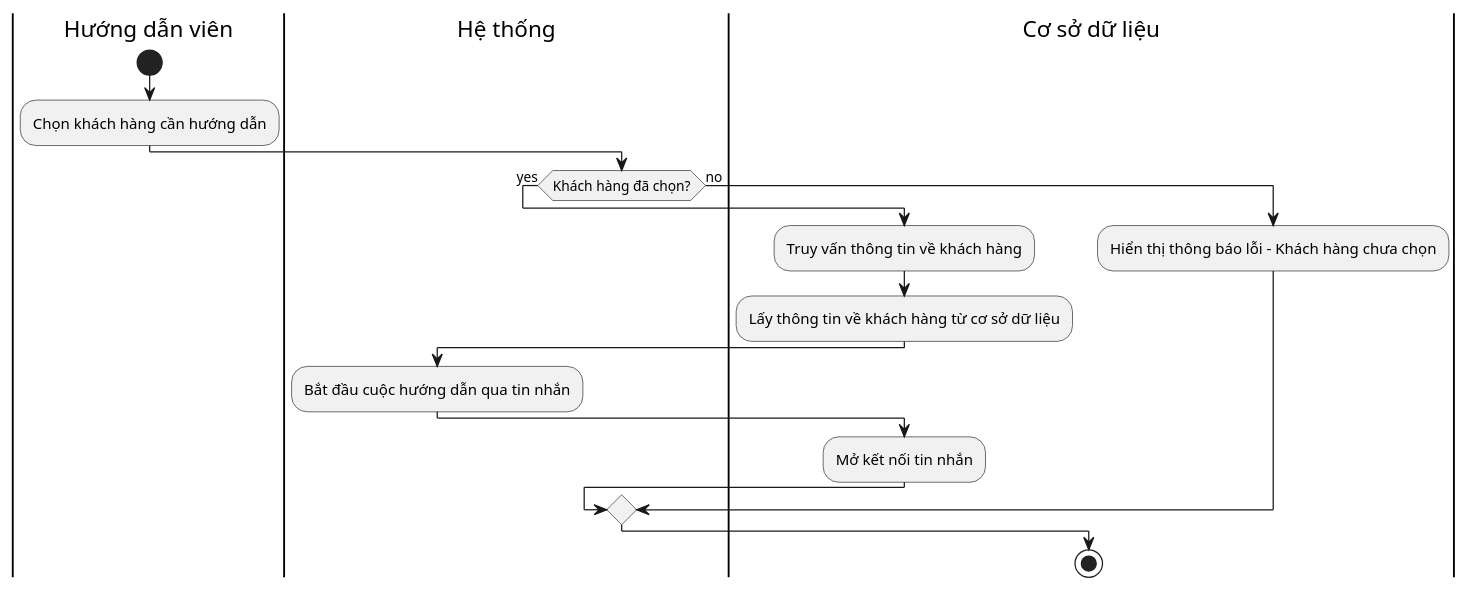
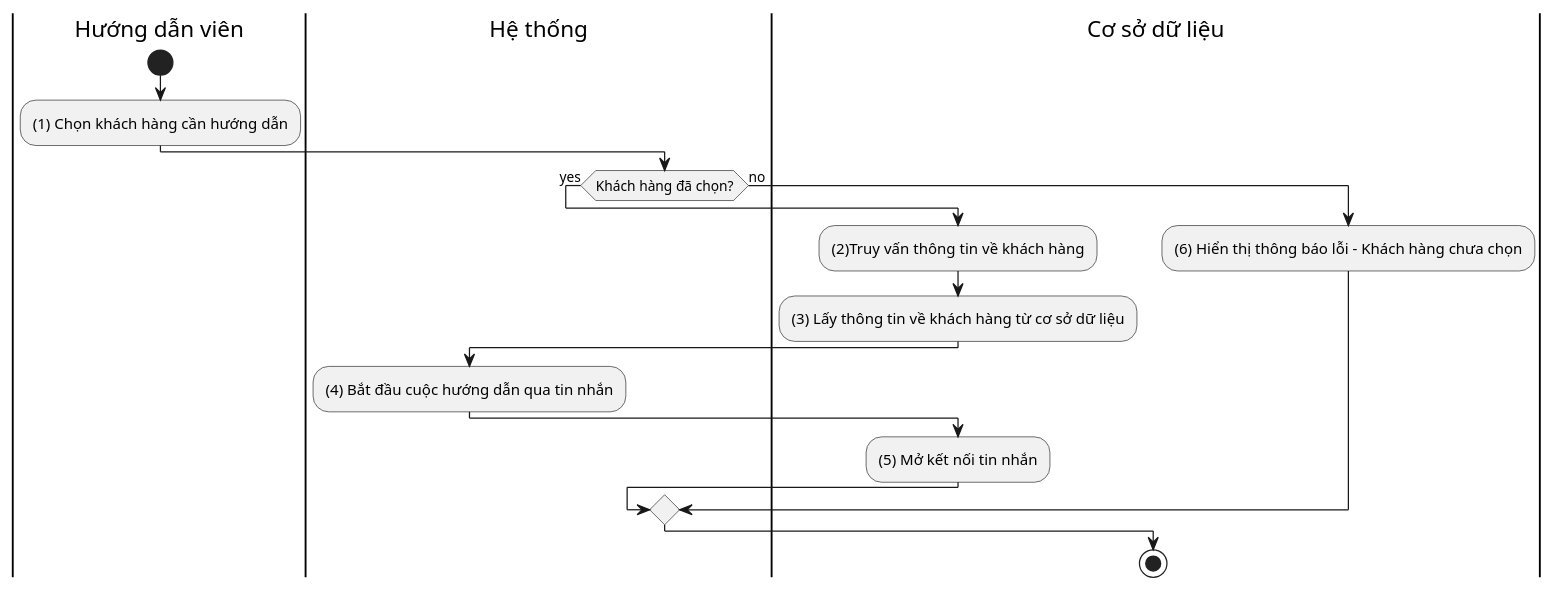
The diagram in lab1.2/activity_diagrams/liveInstructions.plantuml (Khoitran0205/SE357-Pratice-class), drawn with PlantUML before and after one commit. The commit also changed 10 other files, not shown here.

```diff
--- a/lab1.2/activity_diagrams/liveInstructions.plantuml
+++ b/lab1.2/activity_diagrams/liveInstructions.plantuml
@@ -1,19 +1,19 @@
 @startuml liveInstructions_activity_diagram
 |Hướng dẫn viên|
 start
-:Chọn khách hàng cần hướng dẫn;
+:(1) Chọn khách hàng cần hướng dẫn;
 |Hệ thống|
 if (Khách hàng đã chọn?) then (yes)
   |Cơ sở dữ liệu|
-  :Truy vấn thông tin về khách hàng;
-  :Lấy thông tin về khách hàng từ cơ sở dữ liệu;
+  :(2)Truy vấn thông tin về khách hàng;
+  :(3) Lấy thông tin về khách hàng từ cơ sở dữ liệu;
   |Hệ thống|
-  :Bắt đầu cuộc hướng dẫn qua tin nhắn;
+  :(4) Bắt đầu cuộc hướng dẫn qua tin nhắn;
   |Cơ sở dữ liệu|
-  :Mở kết nối tin nhắn;
+  :(5) Mở kết nối tin nhắn;
 else (no)
-  :Hiển thị thông báo lỗi - Khách hàng chưa chọn;
+  :(6) Hiển thị thông báo lỗi - Khách hàng chưa chọn;
 endif
 
 stop
 @enduml
```
